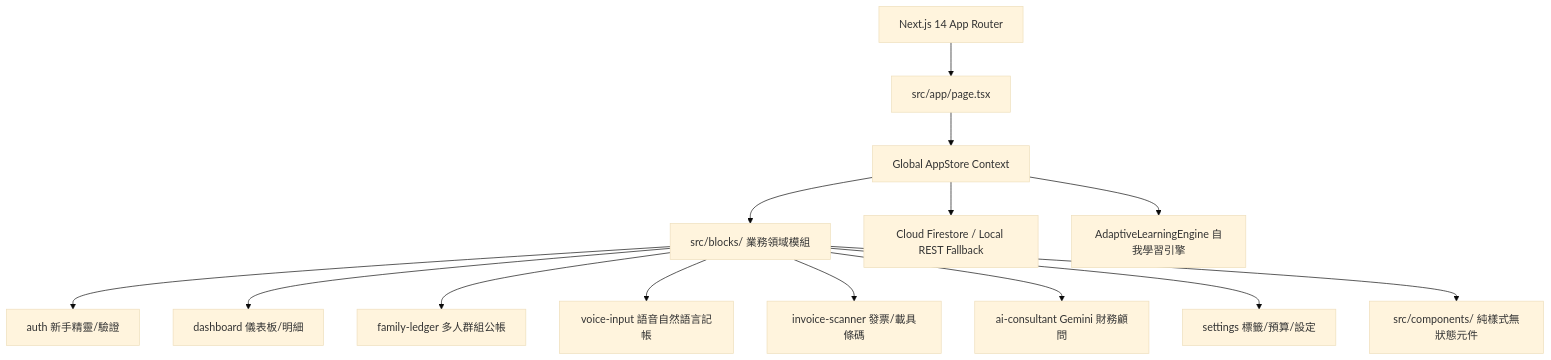
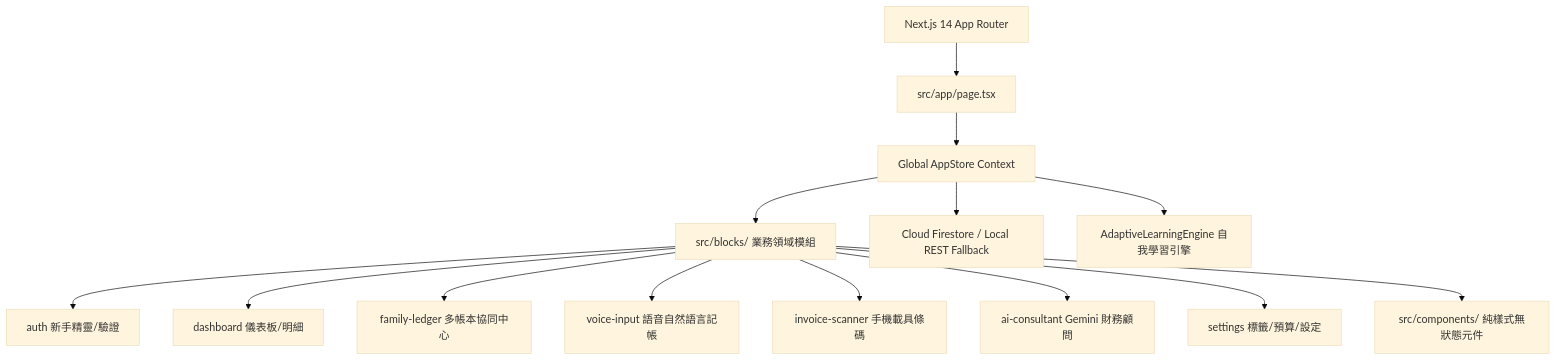
Before and after one commit to lincentHuang/ledgy: the diagram in README.md, drawn with Mermaid (base theme). The commit also changed other lines of this file and 38 other files, not shown here.

````diff
--- a/README.md
+++ b/README.md
@@ -42,16 +42,16 @@
 ```mermaid
 graph TD
     A[Next.js 14 App Router] --> B[src/app/page.tsx]
     B --> C[Global AppStore Context]
     C --> D[src/blocks/ 業務領域模組]
     D --> D1[auth 新手精靈/驗證]
     D --> D2[dashboard 儀表板/明細]
-    D --> D3[family-ledger 多人群組公帳]
+    D --> D3[family-ledger 多帳本協同中心]
     D --> D4[voice-input 語音自然語言記帳]
-    D --> D5[invoice-scanner 發票/載具條碼]
+    D --> D5[invoice-scanner 手機載具條碼]
     D --> D6[ai-consultant Gemini 財務顧問]
     D --> D7[settings 標籤/預算/設定]
     D --> E[src/components/ 純樣式無狀態元件]
     C --> F[Cloud Firestore / Local REST Fallback]
     C --> G[AdaptiveLearningEngine 自我學習引擎]
 ```
````
